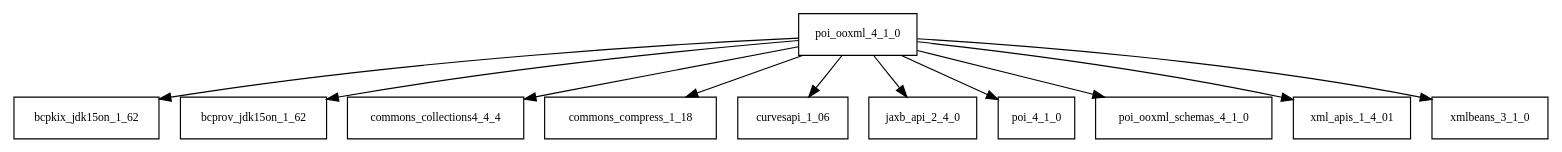
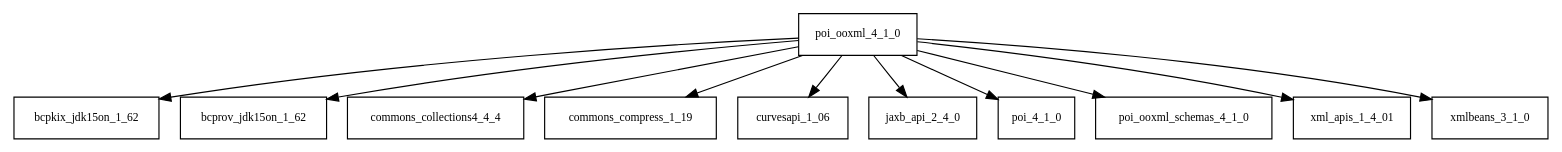
One commit to Hack23/cia changed the diagram in tattleTaleReport/graphviz/poi-ooxml-4.1.0.jar/poi-ooxml-4.1.0.jar.dot. Above: the diagram before and after it, drawn with Graphviz. The commit also changed 2280 other files, not shown here.

```diff
--- a/tattleTaleReport/graphviz/poi-ooxml-4.1.0.jar/poi-ooxml-4.1.0.jar.dot
+++ b/tattleTaleReport/graphviz/poi-ooxml-4.1.0.jar/poi-ooxml-4.1.0.jar.dot
@@ -1,13 +1,13 @@
 digraph poi_ooxml_4_1_0_dependencies {
   node [shape = box, fontsize=10.0];
   poi_ooxml_4_1_0 -> bcpkix_jdk15on_1_62;
   poi_ooxml_4_1_0 -> bcprov_jdk15on_1_62;
   poi_ooxml_4_1_0 -> commons_collections4_4_4;
-  poi_ooxml_4_1_0 -> commons_compress_1_18;
+  poi_ooxml_4_1_0 -> commons_compress_1_19;
   poi_ooxml_4_1_0 -> curvesapi_1_06;
   poi_ooxml_4_1_0 -> jaxb_api_2_4_0;
   poi_ooxml_4_1_0 -> poi_4_1_0;
   poi_ooxml_4_1_0 -> poi_ooxml_schemas_4_1_0;
   poi_ooxml_4_1_0 -> xml_apis_1_4_01;
   poi_ooxml_4_1_0 -> xmlbeans_3_1_0;
 }
```
